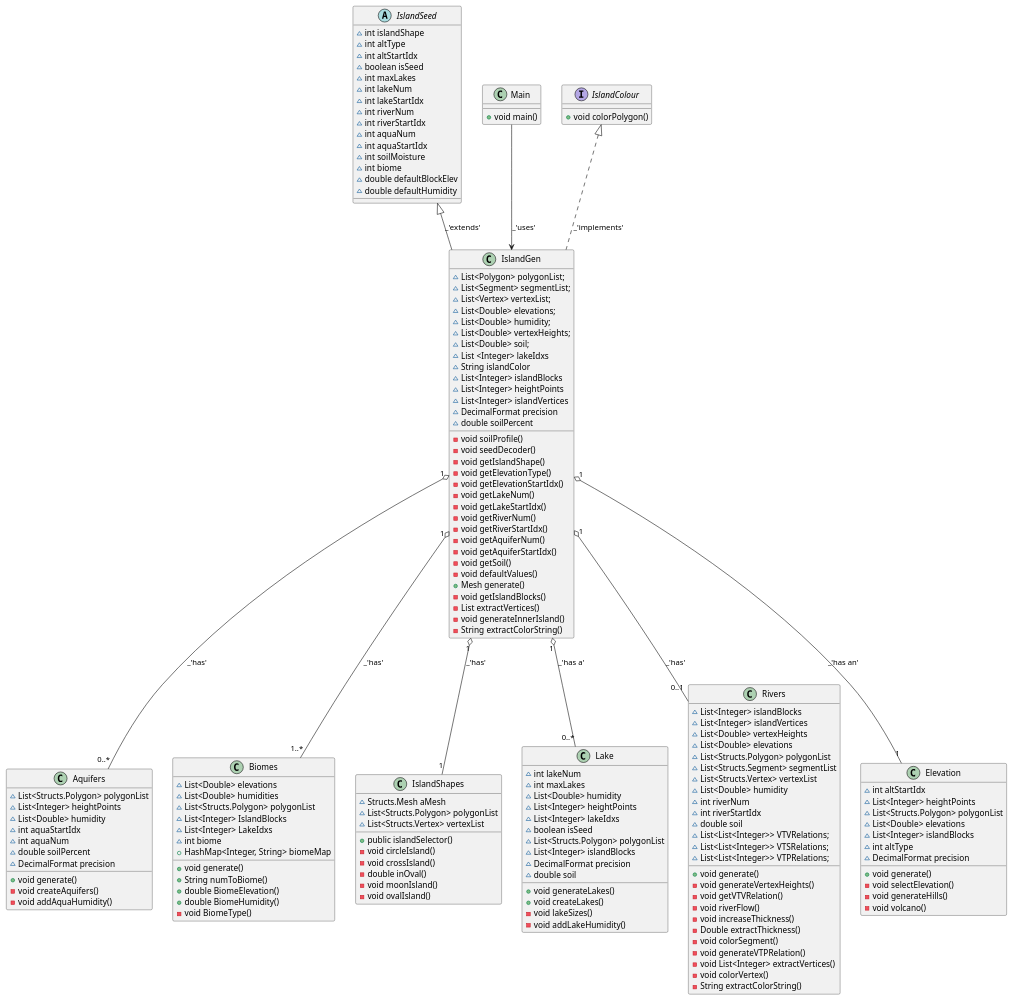
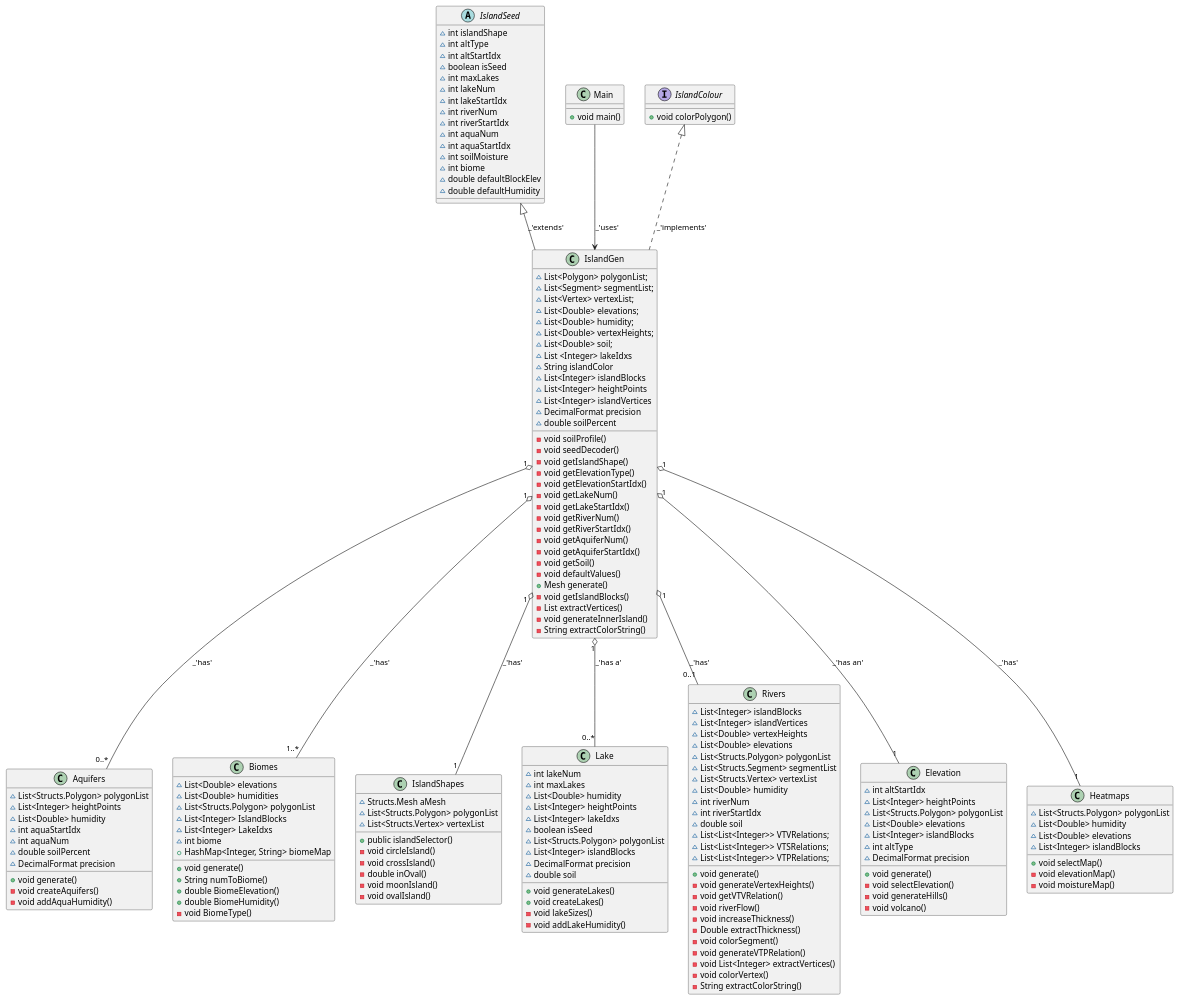
The diagram in island/Class Diagram.puml (Ma-Raymond/Island-Generator), drawn with PlantUML before and after one commit. The commit also changed 1 other file, not shown here.

Commit message:
Updated Plant UML Diagrams to include Heatmaps class

```diff
--- a/island/Class Diagram.puml
+++ b/island/Class Diagram.puml
@@ -1,184 +1,195 @@
 @startuml
 'https://plantuml.com/class-diagram
 
 abstract class IslandSeed
 class IslandGen
 class Aquifers
 class Biomes
 class IslandShapes
 class Lake
 class Rivers
 class Elevation
 class Main
+class Heatmaps
 interface IslandColour
 
 IslandGen "1" o-- "1" IslandShapes:_'has'
 IslandGen "1" o-- "0..*" Aquifers:_'has'
 IslandGen "1" o-- "1..*" Biomes:_'has'
 IslandGen "1" o-- "0..*" Lake:_'has a'
 IslandGen "1" o-- "0..1" Rivers:_'has'
 IslandGen "1" o-- "1" Elevation:_'has an'
+IslandGen "1" o-- "1" Heatmaps:_'has'
 IslandSeed <|-- IslandGen:_'extends'
 IslandColour <|.. IslandGen:_'implements'
 Main --> IslandGen:_'uses'
 
 class IslandGen {
     ~List<Polygon> polygonList;
     ~List<Segment> segmentList;
     ~List<Vertex> vertexList;
     ~List<Double> elevations;
     ~List<Double> humidity;
     ~List<Double> vertexHeights;
     ~List<Double> soil;
     ~List <Integer> lakeIdxs
     ~String islandColor
     ~List<Integer> islandBlocks
     ~List<Integer> heightPoints
     ~List<Integer> islandVertices
     ~DecimalFormat precision
     ~double soilPercent
     -void soilProfile()
     -void seedDecoder()
     -void getIslandShape()
     -void getElevationType()
     -void getElevationStartIdx()
     -void getLakeNum()
     -void getLakeStartIdx()
     -void getRiverNum()
     -void getRiverStartIdx()
     -void getAquiferNum()
     -void getAquiferStartIdx()
     -void getSoil()
     -void defaultValues()
     +Mesh generate()
     -void getIslandBlocks()
     -List extractVertices()
     -void generateInnerIsland()
     -String extractColorString()
 }
 
 class Aquifers{
     ~List<Structs.Polygon> polygonList
     ~List<Integer> heightPoints
     ~List<Double> humidity
     ~int aquaStartIdx
     ~int aquaNum
     ~double soilPercent
     ~DecimalFormat precision
     +void generate()
     -void createAquifers()
     -void addAquaHumidity()
 }
 
 class Biomes{
     ~List<Double> elevations
     ~List<Double> humidities
     ~List<Structs.Polygon> polygonList
     ~List<Integer> IslandBlocks
     ~List<Integer> LakeIdxs
     ~int biome
     +HashMap<Integer, String> biomeMap
     +void generate()
     +String numToBiome()
     +double BiomeElevation()
     +double BiomeHumidity()
     -void BiomeType()
 }
 
 class Elevation{
     ~int altStartIdx
     ~List<Integer> heightPoints
     ~List<Structs.Polygon> polygonList
     ~List<Double> elevations
     ~List<Integer> islandBlocks
     ~int altType
     ~DecimalFormat precision
     +void generate()
     -void selectElevation()
     -void generateHills()
     -void volcano()
 }
 
 class IslandShapes{
     ~Structs.Mesh aMesh
     ~List<Structs.Polygon> polygonList
     ~List<Structs.Vertex> vertexList
     +public islandSelector()
     -void circleIsland()
     -void crossIsland()
     -double inOval()
     -void moonIsland()
     -void ovalIsland()
 }
 
 class Lake{
     ~int lakeNum
     ~int maxLakes
     ~List<Double> humidity
     ~List<Integer> heightPoints
     ~List<Integer> lakeIdxs
     ~boolean isSeed
     ~List<Structs.Polygon> polygonList
     ~List<Integer> islandBlocks
     ~DecimalFormat precision
     ~double soil
     +void generateLakes()
     +void createLakes()
     -void lakeSizes()
     -void addLakeHumidity()
 }
 
 class Rivers{
     ~List<Integer> islandBlocks
     ~List<Integer> islandVertices
     ~List<Double> vertexHeights
     ~List<Double> elevations
     ~List<Structs.Polygon> polygonList
     ~List<Structs.Segment> segmentList
     ~List<Structs.Vertex> vertexList
     ~List<Double> humidity
     ~int riverNum
     ~int riverStartIdx
     ~double soil
     ~List<List<Integer>> VTVRelations;
     ~List<List<Integer>> VTSRelations;
     ~List<List<Integer>> VTPRelations;
     +void generate()
     -void generateVertexHeights()
     -void getVTVRelation()
     -void riverFlow()
     -void increaseThickness()
     -Double extractThickness()
     -void colorSegment()
     -void generateVTPRelation()
     -void List<Integer> extractVertices()
     -void colorVertex()
     -String extractColorString()
 }
 
+class Heatmaps{
+    ~List<Structs.Polygon> polygonList
+    ~List<Double> humidity
+    ~List<Double> elevations
+    ~List<Integer> islandBlocks
+    +void selectMap()
+    -void elevationMap()
+    -void moistureMap()
+}
 interface IslandColour{
     +void colorPolygon()
 }
 
 abstract class IslandSeed{
     ~int islandShape
     ~int altType
     ~int altStartIdx
     ~boolean isSeed
     ~int maxLakes
     ~int lakeNum
     ~int lakeStartIdx
     ~int riverNum
     ~int riverStartIdx
     ~int aquaNum
     ~int aquaStartIdx
     ~int soilMoisture
     ~int biome
     ~double defaultBlockElev
     ~double defaultHumidity
 }
 
 class Main{
     +void main()
 }
 @enduml
```
